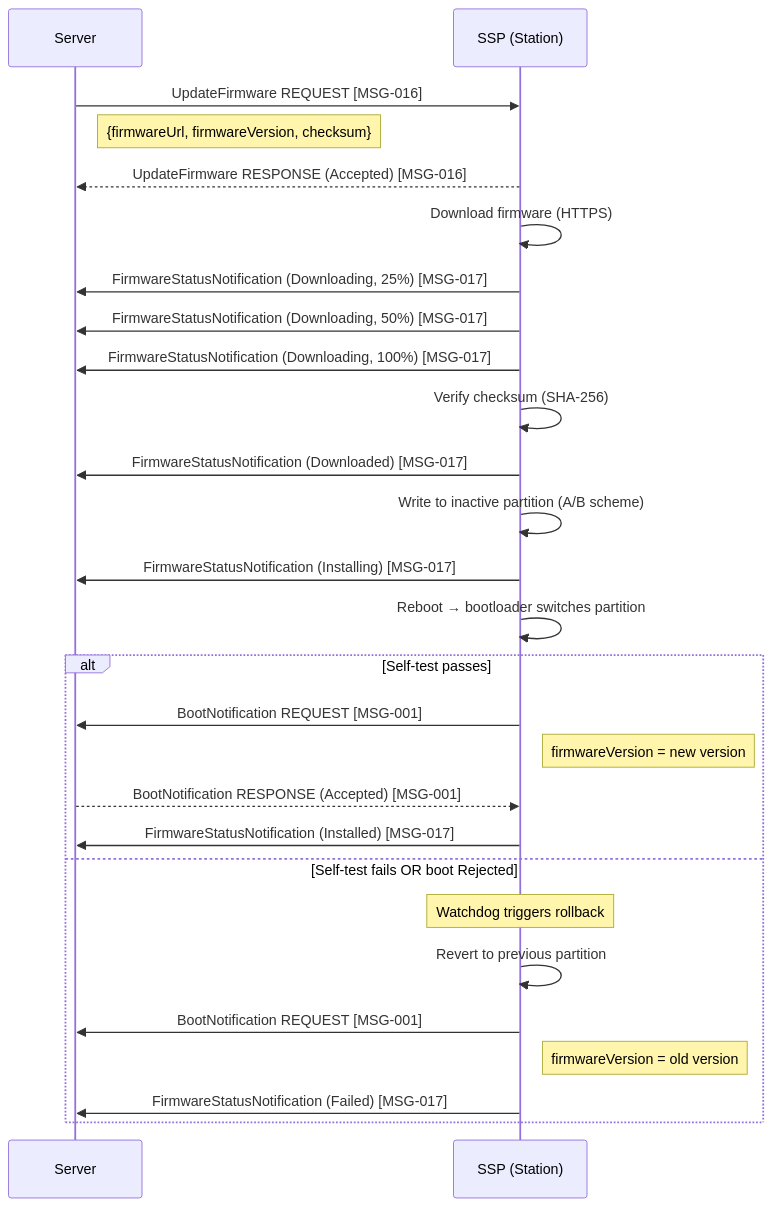
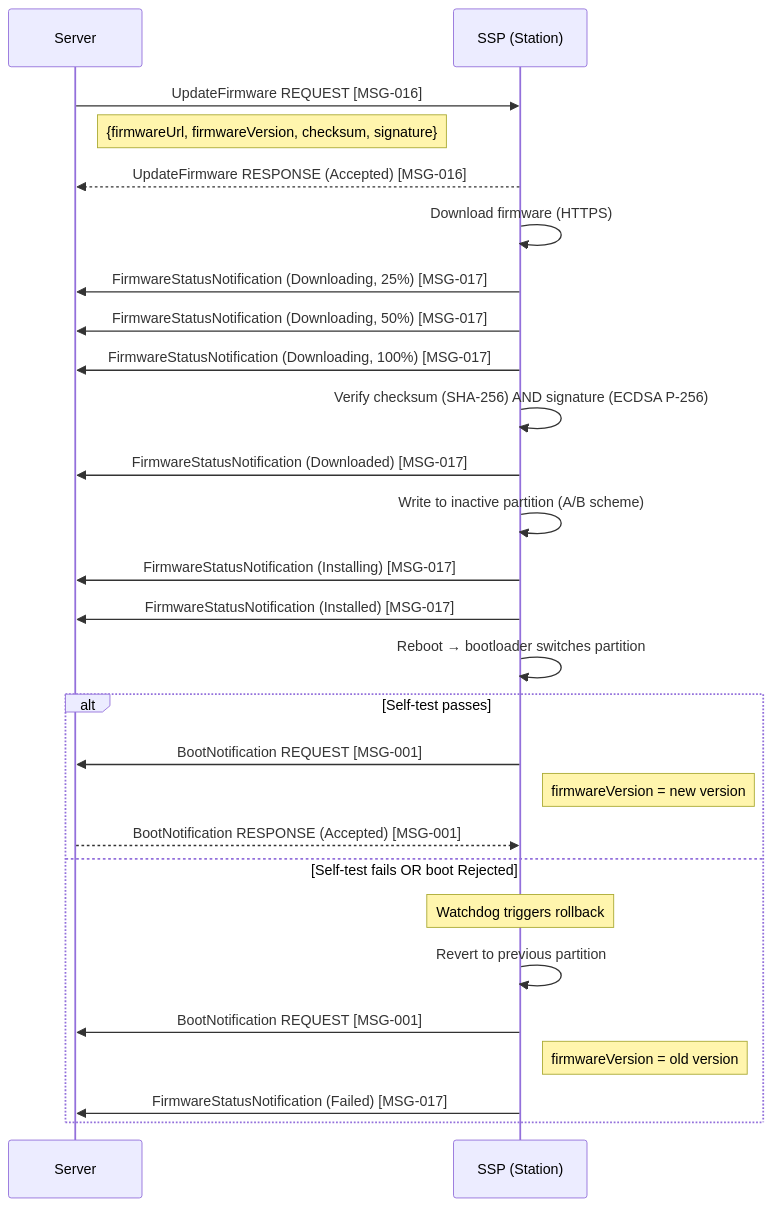
Before and after one commit to ospp-org/spec: diagram 13 of 19 in spec/04-flows.md, drawn with Mermaid. The commit also changed other lines of this file and 43 other files, not shown here.

````diff
--- a/spec/04-flows.md
+++ b/spec/04-flows.md
@@ -1492,35 +1492,35 @@
 ```mermaid
 sequenceDiagram
     participant Server
     participant SSP as SSP (Station)
 
     Server->>SSP: UpdateFirmware REQUEST [MSG-016]
-    Note right of Server: {firmwareUrl, firmwareVersion, checksum}
+    Note right of Server: {firmwareUrl, firmwareVersion, checksum, signature}
     SSP-->>Server: UpdateFirmware RESPONSE (Accepted) [MSG-016]
 
     SSP->>SSP: Download firmware (HTTPS)
     SSP->>Server: FirmwareStatusNotification (Downloading, 25%) [MSG-017]
     SSP->>Server: FirmwareStatusNotification (Downloading, 50%) [MSG-017]
     SSP->>Server: FirmwareStatusNotification (Downloading, 100%) [MSG-017]
 
-    SSP->>SSP: Verify checksum (SHA-256)
+    SSP->>SSP: Verify checksum (SHA-256) AND signature (ECDSA P-256)
     SSP->>Server: FirmwareStatusNotification (Downloaded) [MSG-017]
 
     SSP->>SSP: Write to inactive partition (A/B scheme)
     SSP->>Server: FirmwareStatusNotification (Installing) [MSG-017]
+    SSP->>Server: FirmwareStatusNotification (Installed) [MSG-017]
 
     SSP->>SSP: Reboot → bootloader switches partition
 
     alt Self-test passes
         SSP->>Server: BootNotification REQUEST [MSG-001]
         Note right of SSP: firmwareVersion = new version
         Server-->>SSP: BootNotification RESPONSE (Accepted) [MSG-001]
-        SSP->>Server: FirmwareStatusNotification (Installed) [MSG-017]
     else Self-test fails OR boot Rejected
         Note over SSP: Watchdog triggers rollback
         SSP->>SSP: Revert to previous partition
         SSP->>Server: BootNotification REQUEST [MSG-001]
         Note right of SSP: firmwareVersion = old version
         SSP->>Server: FirmwareStatusNotification (Failed) [MSG-017]
     end
 ```
````
